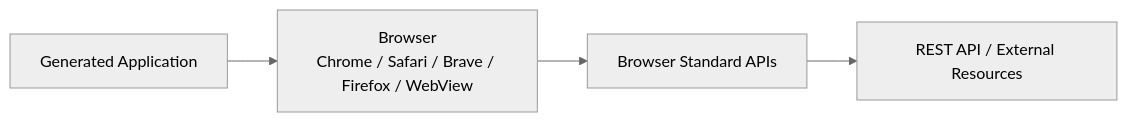
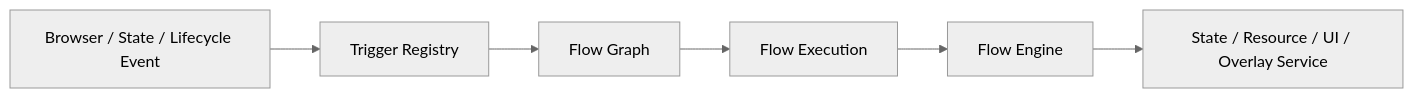
Before and after one commit to northwest-hcu/FlagShip: the ninth of 11 diagrams in docs/architecture/03-technology-and-system-architecture.md, drawn with Mermaid (neutral theme). The commit also changed other lines of this file and 11 other files, not shown here.

Commit message:
docs: align architecture with component ownership model

````diff
--- a/docs/architecture/03-technology-and-system-architecture.md
+++ b/docs/architecture/03-technology-and-system-architecture.md
@@ -1383,6 +277,15 @@
 ```mermaid
 flowchart LR
-    Generated["Generated Application"] --> Browser["Browser<br/>Chrome / Safari / Brave / Firefox / WebView"]
-    Browser --> APIs["Browser Standard APIs"]
-    APIs --> External["REST API / External Resources"]
+    Event["Browser / State / Lifecycle Event"]
+    TriggerRegistry["Trigger Registry"]
+    Graph["Flow Graph"]
+    Execution["Flow Execution"]
+    Engine["Flow Engine"]
+    Service["State / Resource / UI / Overlay Service"]
+
+    Event --> TriggerRegistry
+    TriggerRegistry --> Graph
+    Graph --> Execution
+    Execution --> Engine
+    Engine --> Service
 ```
````
